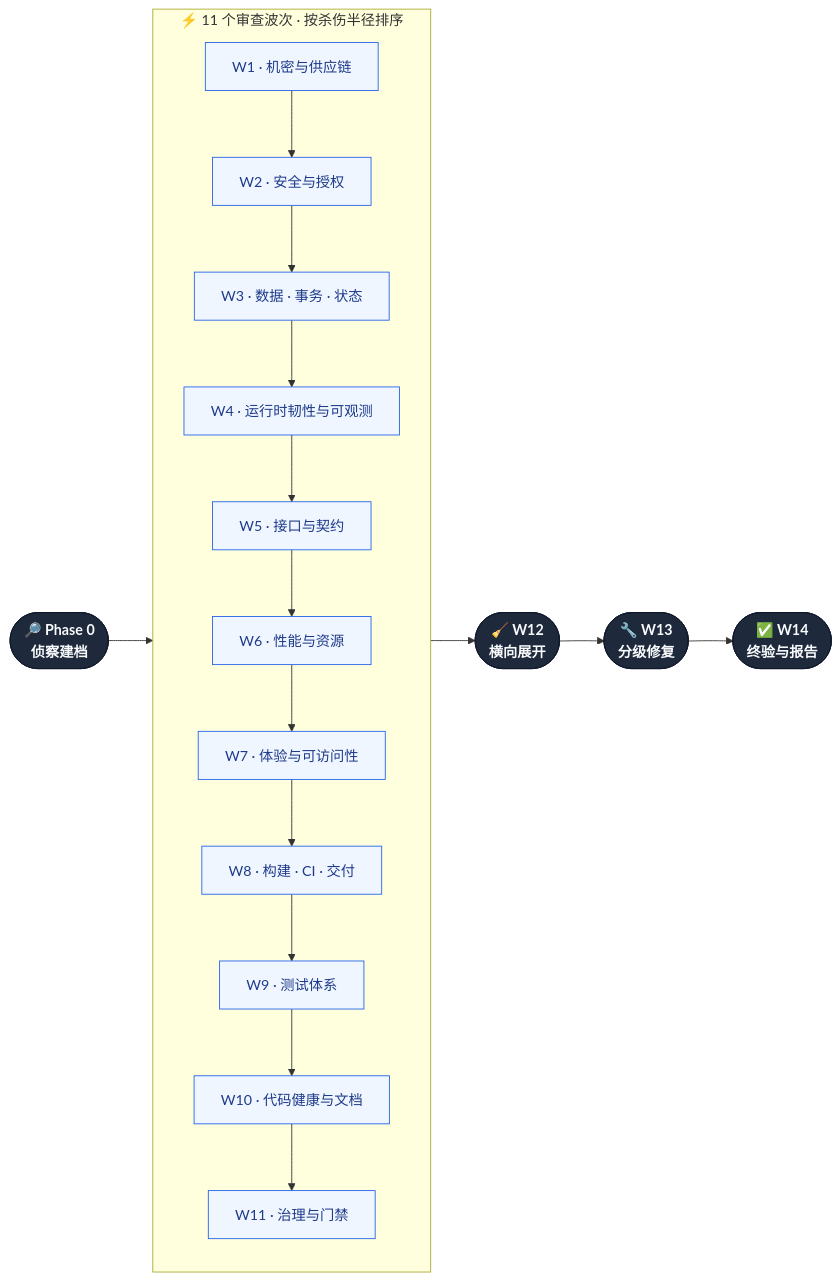
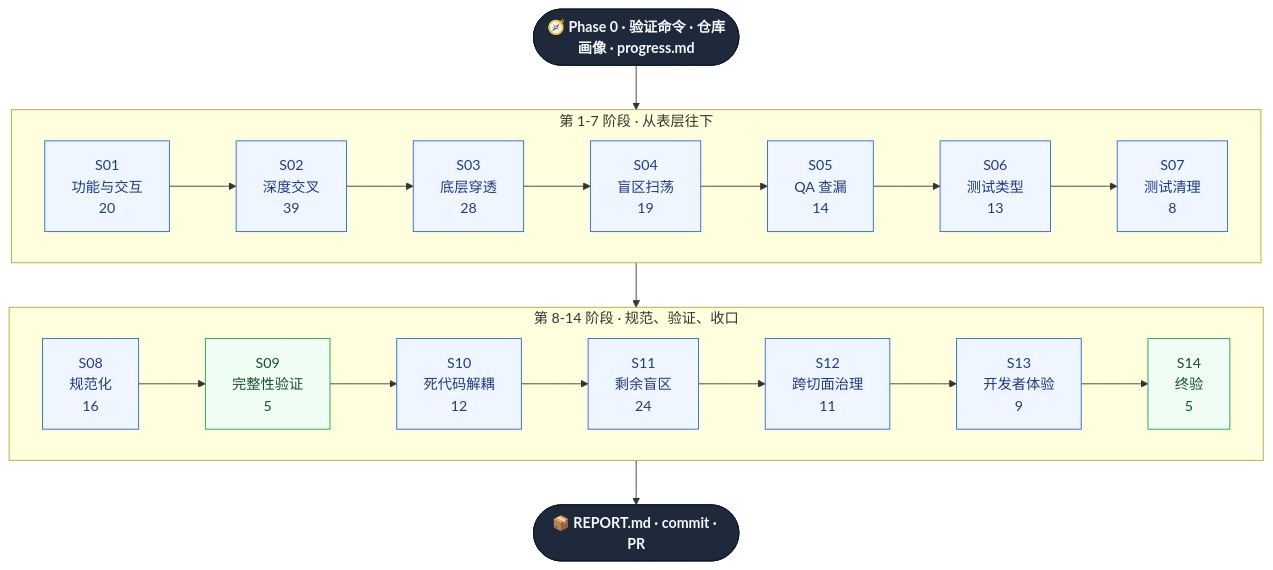
The second of 3 diagrams in README.zh-CN.md (MarkSight/full-repo-audit), drawn with Mermaid before and after one commit. The commit also changed other lines of this file and 31 other files, not shown here.

````diff
--- a/README.zh-CN.md
+++ b/README.zh-CN.md
@@ -47,27 +126,27 @@
 ```mermaid
-flowchart LR
-    P0(["🔎 Phase 0<br/>侦察建档"]) --> W
+flowchart TB
+    P0(["🧭 Phase 0 · 验证命令 · 仓库画像 · progress.md"])
 
-    subgraph W["⚡ 11 个审查波次 · 按杀伤半径排序"]
-        direction TB
-        A["W1 · 机密与供应链"] --> B["W2 · 安全与授权"]
-        B --> C["W3 · 数据 · 事务 · 状态"]
-        C --> D["W4 · 运行时韧性与可观测"]
-        D --> E["W5 · 接口与契约"]
-        E --> F["W6 · 性能与资源"]
-        F --> G["W7 · 体验与可访问性"]
-        G --> H["W8 · 构建 · CI · 交付"]
-        H --> I["W9 · 测试体系"]
-        I --> J["W10 · 代码健康与文档"]
-        J --> K["W11 · 治理与门禁"]
+    subgraph A["第 1-7 阶段 · 从表层往下"]
+        direction LR
+        S01["S01<br/>功能与交互<br/>20"] --> S02["S02<br/>深度交叉<br/>39"] --> S03["S03<br/>底层穿透<br/>28"] --> S04["S04<br/>盲区扫荡<br/>19"] --> S05["S05<br/>QA 查漏<br/>14"] --> S06["S06<br/>测试类型<br/>13"] --> S07["S07<br/>测试清理<br/>8"]
     end
 
-    W --> X(["🧹 W12<br/>横向展开"])
-    X --> Y(["🔧 W13<br/>分级修复"])
-    Y --> Z(["✅ W14<br/>终验与报告"])
+    subgraph B["第 8-14 阶段 · 规范、验证、收口"]
+        direction LR
+        S08["S08<br/>规范化<br/>16"] --> S09["S09<br/>完整性验证<br/>5"] --> S10["S10<br/>死代码解耦<br/>12"] --> S11["S11<br/>剩余盲区<br/>24"] --> S12["S12<br/>跨切面治理<br/>11"] --> S13["S13<br/>开发者体验<br/>9"] --> S14["S14<br/>终验<br/>5"]
+    end
+
+    END(["📦 REPORT.md · commit · PR"])
+
+    P0 --> A
+    A --> B
+    B --> END
 
     classDef phase fill:#1e293b,stroke:#0f172a,color:#f8fafc,font-weight:bold
-    classDef wave fill:#eff6ff,stroke:#2563eb,color:#1e3a8a
-    class P0,X,Y,Z phase
-    class A,B,C,D,E,F,G,H,I,J,K wave
+    classDef stage fill:#eff6ff,stroke:#2563eb,color:#1e3a8a
+    classDef gate fill:#f0fdf4,stroke:#16a34a,color:#14532d
+    class P0,END phase
+    class S01,S02,S03,S04,S05,S06,S07,S08,S10,S11,S12,S13 stage
+    class S09,S14 gate
 ```
````
